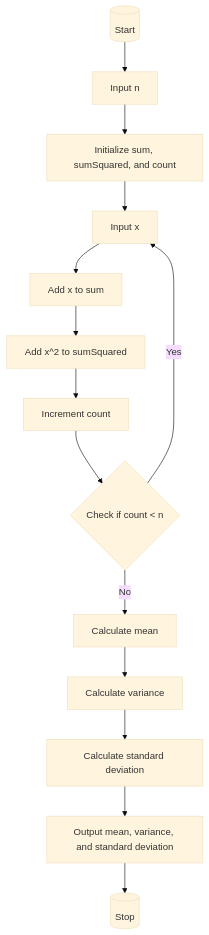
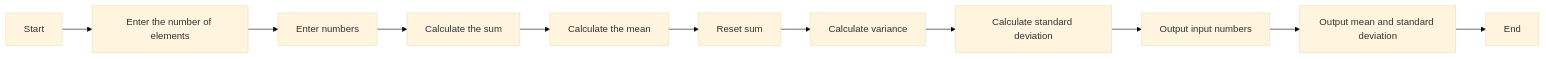
One commit to Robelermiyas/mermain-practicies changed the diagram in readme.md. Above: the diagram before and after it, drawn with Mermaid (base theme).

````diff
--- a/readme.md
+++ b/readme.md
@@ -1,17 +1,14 @@
 ```mermaid
-graph TD;
-    A[(Start)] --> B[Input n]
-    B --> C[Initialize sum, sumSquared, and count]
-    C --> D[Input x]
-    D --> E[Add x to sum]
-    E --> F[Add x^2 to sumSquared]
-    F --> G[Increment count]
-    G --> H{Check if count < n}
-    H -- Yes --> D
-    H -- No --> I[Calculate mean]
-    I --> J[Calculate variance]
-    J --> K[Calculate standard deviation]
-    K --> L[Output mean, variance, and standard deviation]
-    L --> M[(Stop)]
+graph LR
+A[Start] --> B[Enter the number of elements]
+B --> C[Enter numbers]
+C --> D[Calculate the sum]
+D --> E[Calculate the mean]
+E --> F[Reset sum]
+F --> G[Calculate variance]
+G --> H[Calculate standard deviation]
+H --> I[Output input numbers]
+I --> J[Output mean and standard deviation]
+J --> K[End]
 
 ```
````
